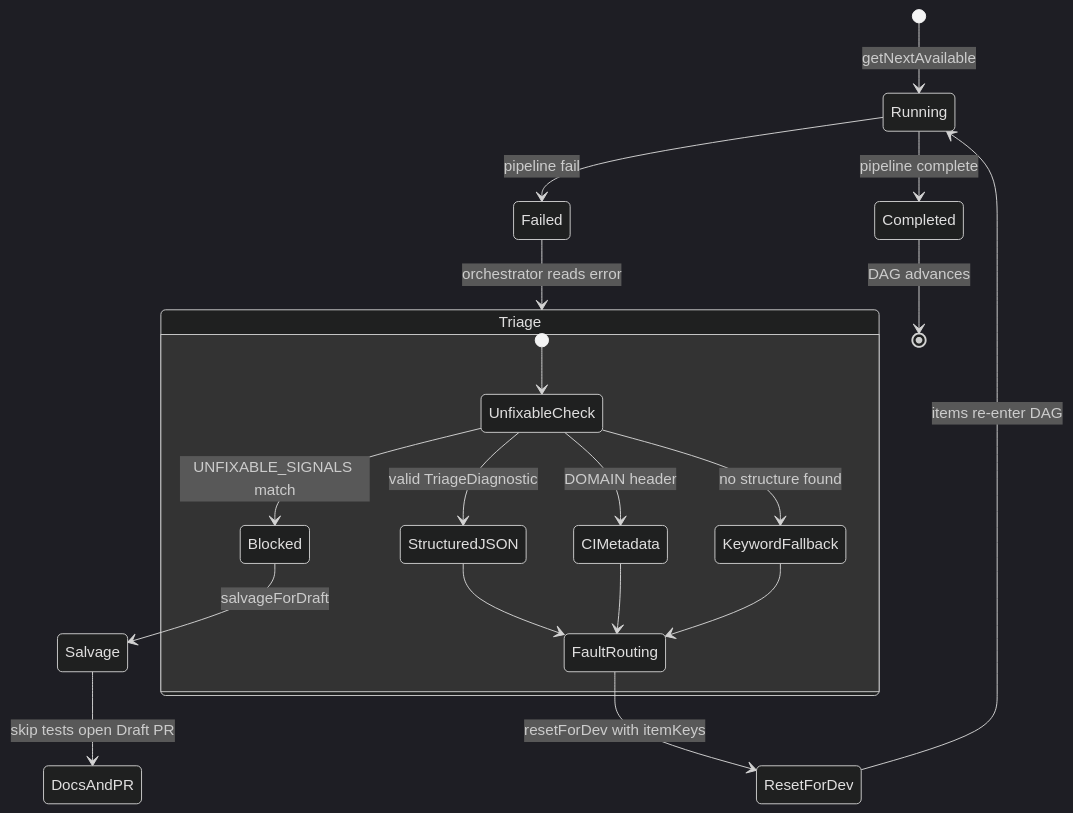
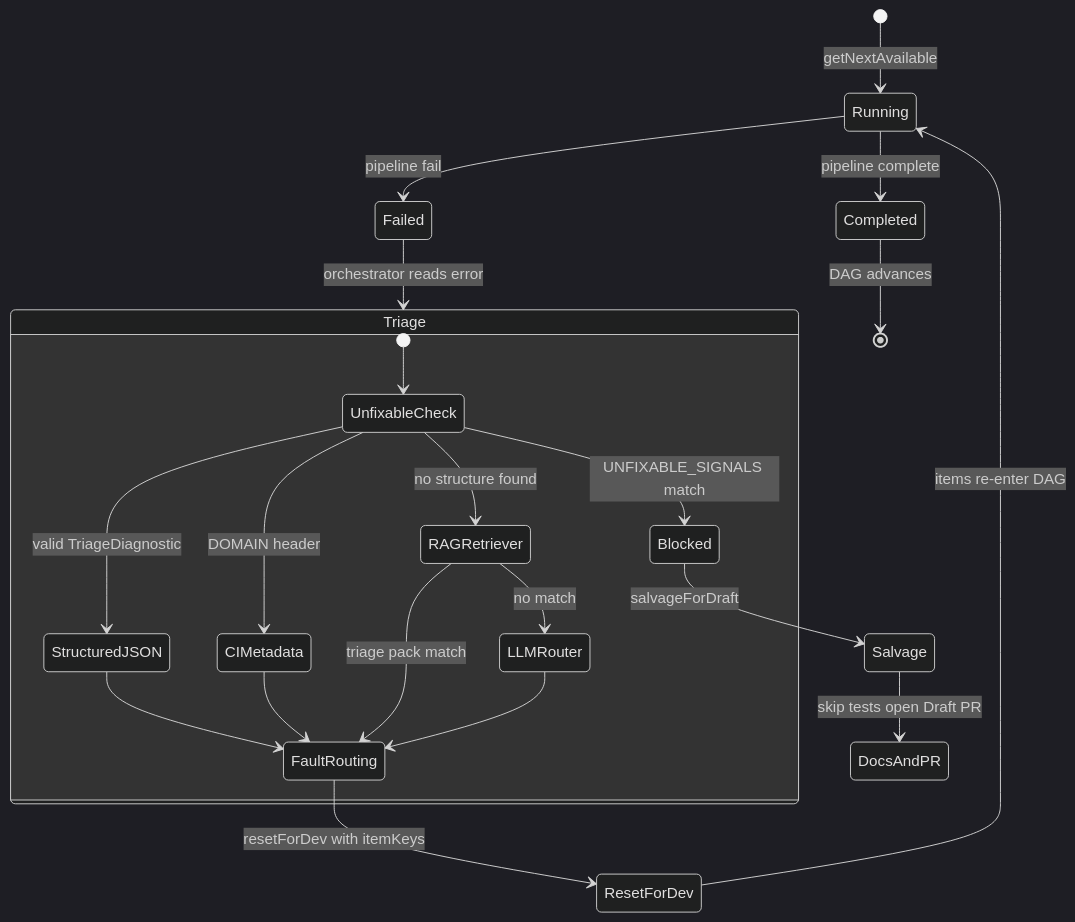
Before and after one commit to RomanKaliupinMelonusa/DAGent-t: the seventh of 9 diagrams in ARCHITECTURE.md, drawn with Mermaid (dark theme). The commit also changed other lines of this file and 9 other files, not shown here.

````diff
--- a/ARCHITECTURE.md
+++ b/ARCHITECTURE.md
@@ -489,27 +489,29 @@
 ```mermaid
 stateDiagram-v2
     [*] --> Running : getNextAvailable
     Running --> Completed : pipeline complete
     Running --> Failed : pipeline fail
 
     Failed --> Triage : orchestrator reads error
 
     state Triage {
         [*] --> UnfixableCheck
         UnfixableCheck --> Blocked : UNFIXABLE_SIGNALS match
         UnfixableCheck --> StructuredJSON : valid TriageDiagnostic
         StructuredJSON --> FaultRouting
         UnfixableCheck --> CIMetadata : DOMAIN header
         CIMetadata --> FaultRouting
-        UnfixableCheck --> KeywordFallback : no structure found
-        KeywordFallback --> FaultRouting
+        UnfixableCheck --> RAGRetriever : no structure found
+        RAGRetriever --> FaultRouting : triage pack match
+        RAGRetriever --> LLMRouter : no match
+        LLMRouter --> FaultRouting
     }
 
     Blocked --> Salvage : salvageForDraft
     Salvage --> DocsAndPR : skip tests open Draft PR
 
     FaultRouting --> ResetForDev : resetForDev with itemKeys
     ResetForDev --> Running : items re-enter DAG
 
     Completed --> [*] : DAG advances
 ```
````
